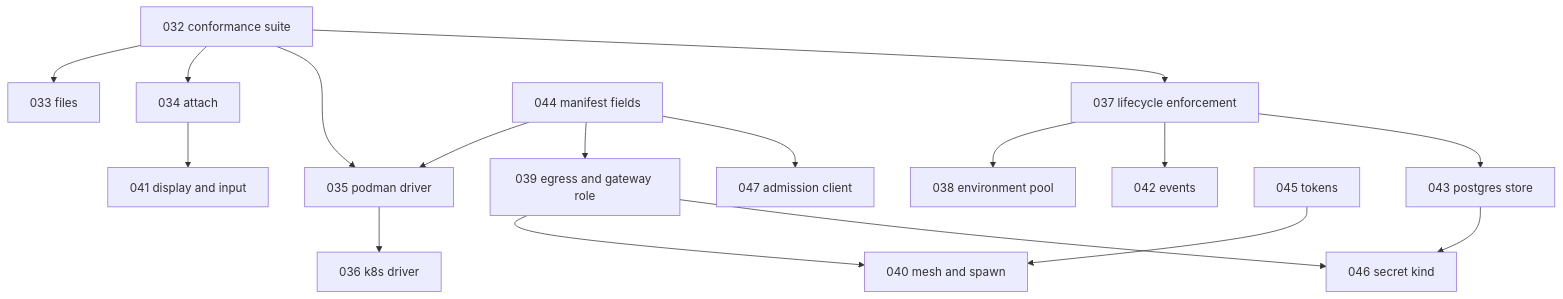
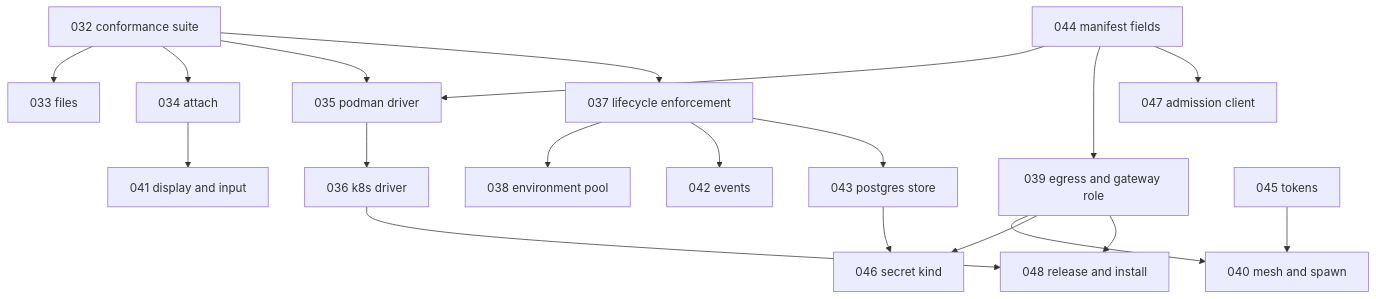
One commit to latere-ai/cella changed the second of 2 diagrams in specs/031-hosted-sandbox-consolidation.md. Above: the diagram before and after it, drawn with Mermaid. The commit also changed other lines of this file, not shown here.

Commit message:
specs: 031 adds the release slice the hosted deploy pins

````diff
--- a/specs/031-hosted-sandbox-consolidation.md
+++ b/specs/031-hosted-sandbox-consolidation.md
@@ -159,19 +160,21 @@
 ```mermaid
 flowchart TB
   S032[032 conformance suite] --> S033[033 files]
   S032 --> S034[034 attach]
   S032 --> S035[035 podman driver]
   S035 --> S036[036 k8s driver]
   S032 --> S037[037 lifecycle enforcement]
   S037 --> S038[038 environment pool]
   S044[044 manifest fields] --> S035
   S044 --> S039[039 egress and gateway role]
   S039 --> S040[040 mesh and spawn]
   S034 --> S041[041 display and input]
   S037 --> S042[042 events]
   S037 --> S043[043 postgres store]
   S045[045 tokens] --> S040
   S039 --> S046[046 secret kind]
   S043 --> S046
   S044 --> S047[047 admission client]
+  S036 --> S048[048 release and install]
+  S039 --> S048
 ```
````
